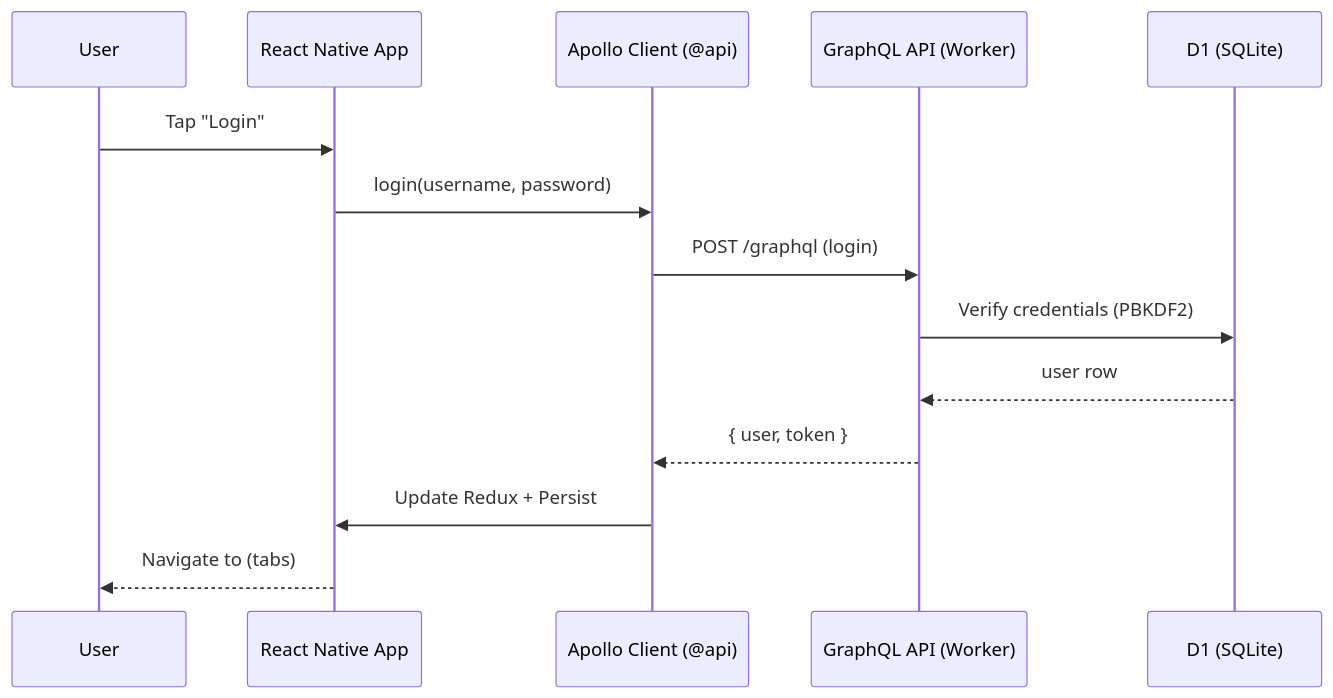
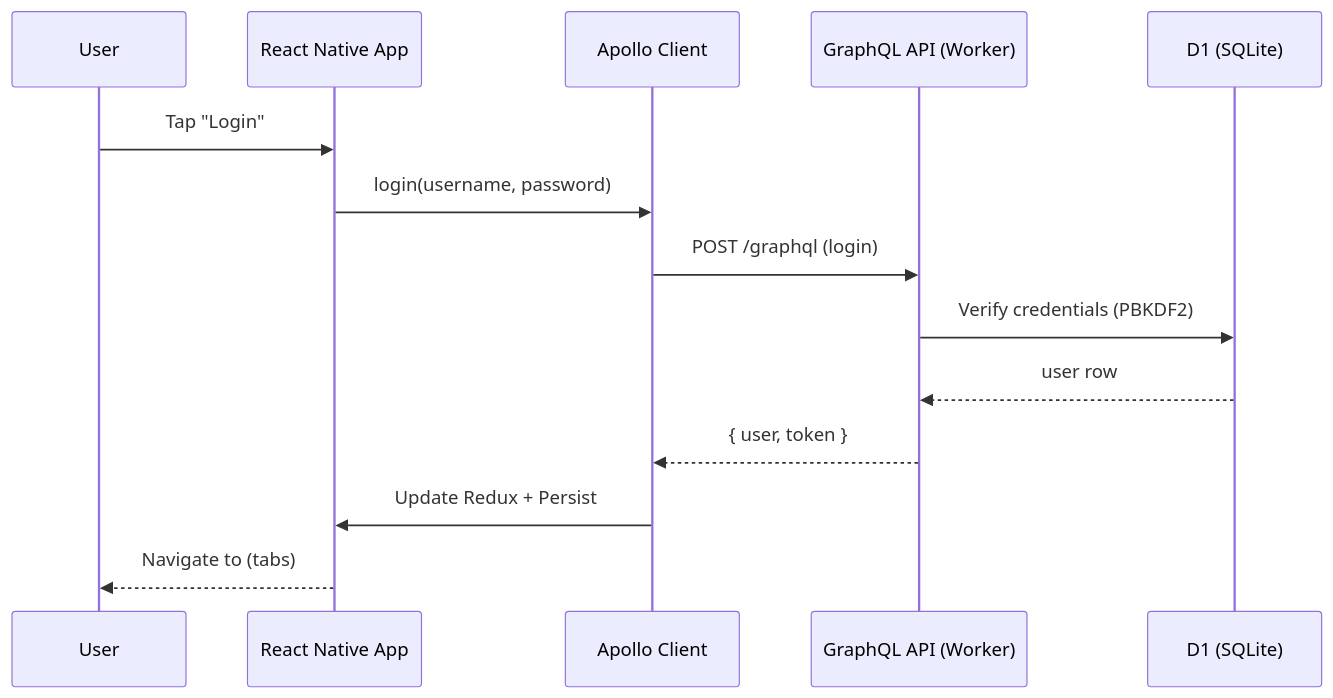
One commit to mehotkhan/safarnak.app changed the second of 4 diagrams in README.md. Above: the diagram before and after it, drawn with Mermaid. The commit also changed other lines of this file, not shown here.

Commit message:
docs(readme): fix Mermaid diagrams for GitHub renderer (quoted labels, removed special chars)

````diff
--- a/README.md
+++ b/README.md
@@ -84,17 +84,17 @@
 ```mermaid
 sequenceDiagram
   participant U as User
   participant RN as React Native App
-  participant AP as Apollo Client (@api)
+  participant AP as Apollo Client
   participant API as GraphQL API (Worker)
   participant DB as D1 (SQLite)
 
   U->>RN: Tap "Login"
   RN->>AP: login(username, password)
   AP->>API: POST /graphql (login)
   API->>DB: Verify credentials (PBKDF2)
   DB-->>API: user row
   API-->>AP: { user, token }
   AP->>RN: Update Redux + Persist
   RN-->>U: Navigate to (tabs)
 ```
````
